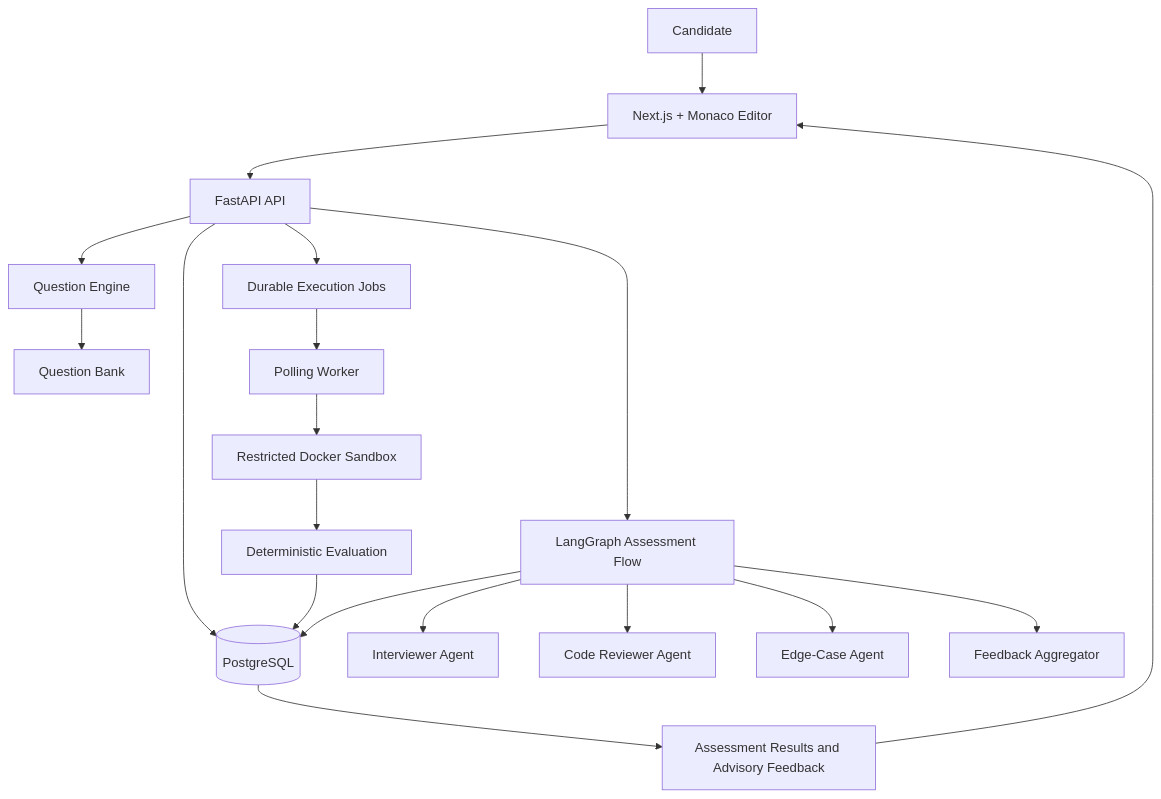
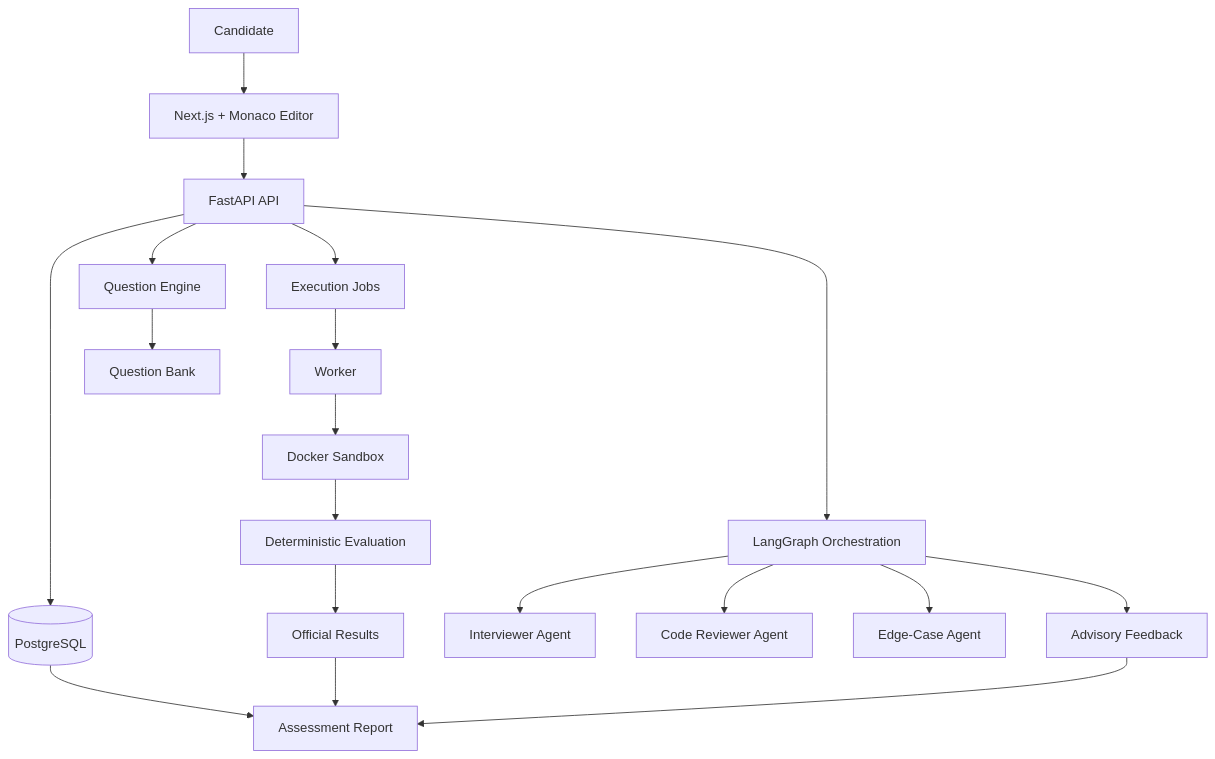
Before and after one commit to AbhishekkASR/MATACSS: the diagram in README.md, drawn with Mermaid. The commit also changed other lines of this file, not shown here.

````diff
--- a/README.md
+++ b/README.md
@@ -27,21 +34,21 @@
 ```mermaid
 flowchart TD
     Candidate --> Frontend[Next.js + Monaco Editor]
     Frontend --> API[FastAPI API]
     API --> DB[(PostgreSQL)]
     API --> Engine[Question Engine]
     Engine --> Bank[Question Bank]
-    API --> Jobs[Durable Execution Jobs]
-    Jobs --> Worker[Polling Worker]
-    Worker --> Sandbox[Restricted Docker Sandbox]
-    Sandbox --> Evaluation[Deterministic Evaluation]
-    Evaluation --> DB
-    API --> Graph[LangGraph Assessment Flow]
+    API --> Jobs[Execution Jobs]
+    Jobs --> Worker[Worker]
+    Worker --> Sandbox[Docker Sandbox]
+    Sandbox --> Eval[Deterministic Evaluation]
+    Eval --> Results[Official Results]
+    API --> Graph[LangGraph Orchestration]
     Graph --> Interviewer[Interviewer Agent]
     Graph --> Reviewer[Code Reviewer Agent]
     Graph --> Edge[Edge-Case Agent]
-    Graph --> Feedback[Feedback Aggregator]
-    Graph --> DB
-    DB --> Results[Assessment Results and Advisory Feedback]
-    Results --> Frontend
+    Graph --> Feedback[Advisory Feedback]
+    Feedback --> Report[Assessment Report]
+    Results --> Report
+    DB --> Report
 ```
````
